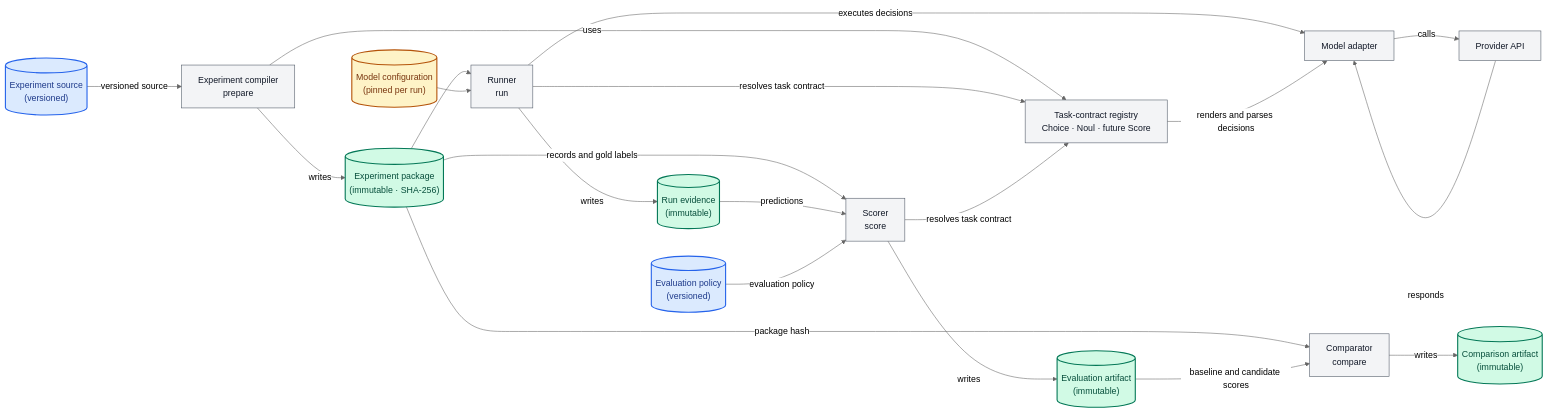
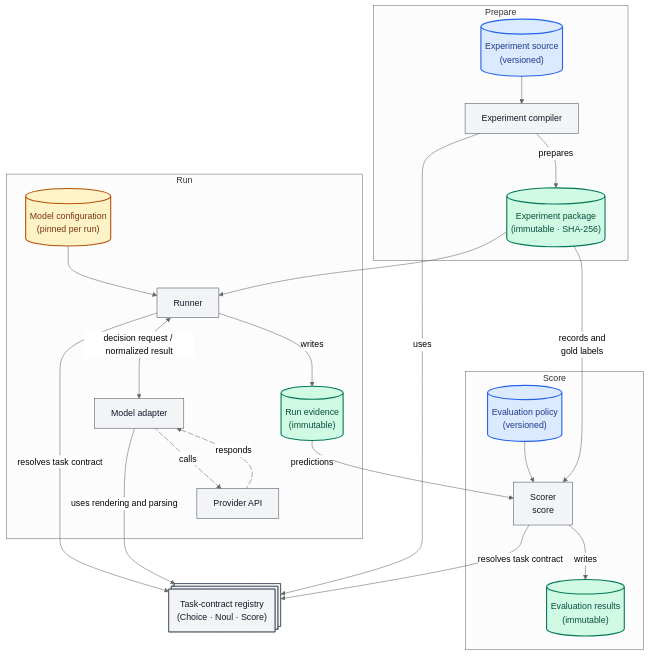
The diagram in docs/architecture.md (Tenkei/jev-decision-bench), drawn with Mermaid (neutral theme) before and after one commit. The commit also changed other lines of this file, not shown here.

Commit message:
Refresh architecture documentation

````diff
--- a/docs/architecture.md
+++ b/docs/architecture.md
@@ -8,50 +8,57 @@
 ```mermaid
-flowchart LR
-    source[("Experiment source<br/>(versioned)")]
-    policy[("Evaluation policy<br/>(versioned)")]
-    model_config[("Model configuration<br/>(pinned per run)")]
-    package[("Experiment package<br/>(immutable · SHA-256)")]
-    run[("Run evidence<br/>(immutable)")]
-    evaluation[("Evaluation artifact<br/>(immutable)")]
-    comparison[("Comparison artifact<br/>(immutable)")]
+flowchart TB
+    contracts@{ shape: procs, label: "Task-contract registry<br/>(Choice · Noul · Score)" }
 
-    compiler["Experiment compiler<br/>prepare"]
-    contracts["Task-contract registry<br/>Choice · Noul · future Score"]
-    runner["Runner<br/>run"]
-    adapter["Model adapter"]
-    provider["Provider API"]
-    scorer["Scorer<br/>score"]
-    comparator["Comparator<br/>compare"]
+    subgraph prepare_stage["Prepare"]
+        source[("Experiment source<br/>(versioned)")]
+        compiler["Experiment compiler"]
+        package[("Experiment package<br/>(immutable · SHA-256)")]
+    end
 
-    source -->|versioned source| compiler
-    compiler -->|uses| contracts
-    compiler -->|writes| package
+    subgraph run_stage["Run"]
+        model_config[("Model configuration<br/>(pinned per run)")]
+        runner["Runner"]
+        adapter["Model adapter"]
+        provider["Provider API"]
+        run[("Run evidence<br/>(immutable)")]
+    end
+
+    subgraph evaluation_stage["Score"]
+        policy[("Evaluation policy<br/>(versioned)")]
+        scorer["Scorer<br/>score"]
+        evaluation[("Evaluation results<br/>(immutable)")]
+    end
+
+    classDef versioned fill:#dbeafe,stroke:#2563eb,color:#1e3a8a,stroke-width:2px
+    classDef pinned fill:#fef3c7,stroke:#b45309,color:#78350f,stroke-width:2px
+    classDef immutable fill:#d1fae5,stroke:#047857,color:#064e3b,stroke-width:2px
+    class source,policy versioned
+    class model_config pinned
+    class package,run,evaluation immutable
+
+
+    source --> compiler
+    compiler -- uses --> contracts
+    compiler -- prepares --> package
 
     package --> runner
     model_config --> runner
-    runner -->|resolves task contract| contracts
-    runner -->|executes decisions| adapter
-    contracts -->|renders and parses decisions| adapter
-    adapter -->|calls| provider
-    provider -->|responds| adapter
-    runner -->|writes| run
+    runner -- resolves task contract --> contracts
+    runner <-- decision request / normalized result --> adapter
+    adapter -- uses rendering and parsing --> contracts
+    adapter e1@-- calls --> provider
+    provider e2@-- responds --> adapter
+    runner -- writes --> run
+    
+    e1@{ animate: true }
+    e2@{ animate: true }
 
-    package -->|records and gold labels| scorer
-    run -->|predictions| scorer
-    policy -->|evaluation policy| scorer
-    scorer -->|resolves task contract| contracts
-    scorer -->|writes| evaluation
-
-    package -->|package hash| comparator
-    evaluation -->|baseline and candidate scores| comparator
-    comparator -->|writes| comparison
+    package -- records and<br/>gold labels --> scorer
+    policy --> scorer
+    run -- predictions --> scorer
+    scorer -- resolves task contract --> contracts
+    scorer -- writes --> evaluation
 
     classDef component fill:#f3f4f6,stroke:#4b5563,color:#111827,stroke-width:1px
-    classDef versioned fill:#dbeafe,stroke:#2563eb,color:#1e3a8a,stroke-width:2px
-    classDef pinned fill:#fef3c7,stroke:#b45309,color:#78350f,stroke-width:2px
-    classDef immutable fill:#d1fae5,stroke:#047857,color:#064e3b,stroke-width:2px
-    class compiler,contracts,runner,adapter,provider,scorer,comparator component
-    class source,policy versioned
-    class model_config pinned
-    class package,run,evaluation,comparison immutable
+    class compiler,contracts,runner,adapter,provider,scorer component
 ```
````
